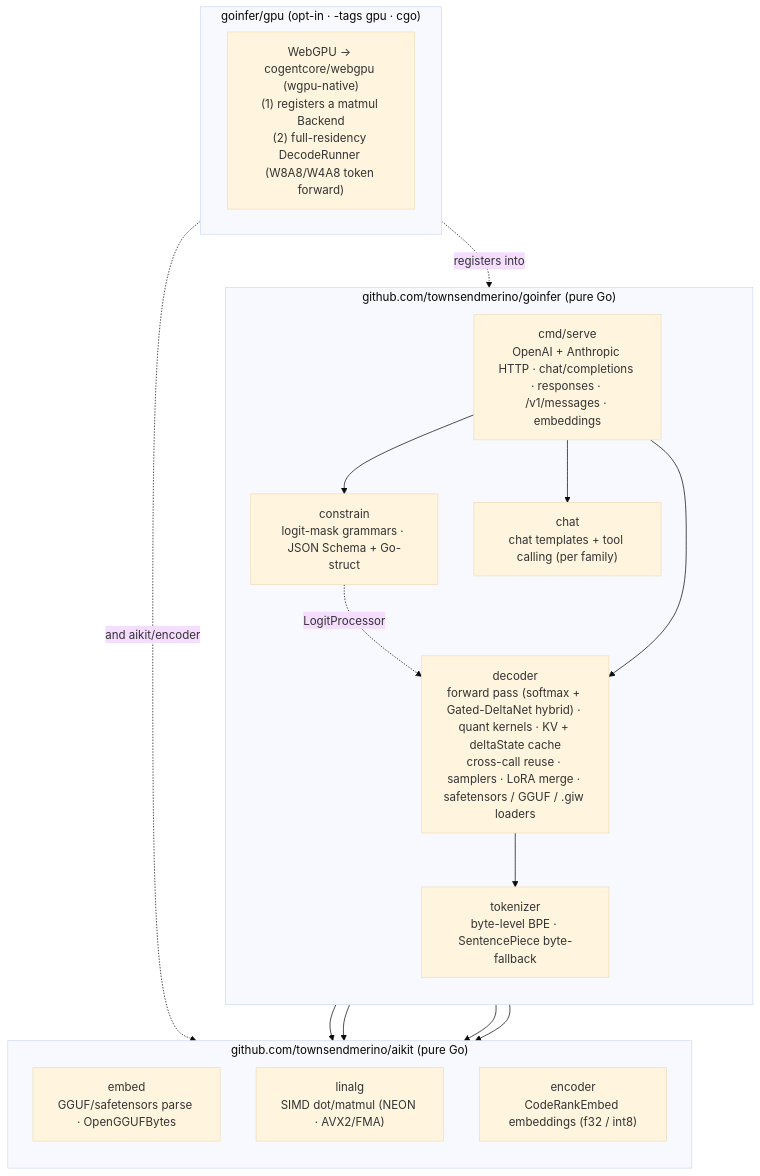
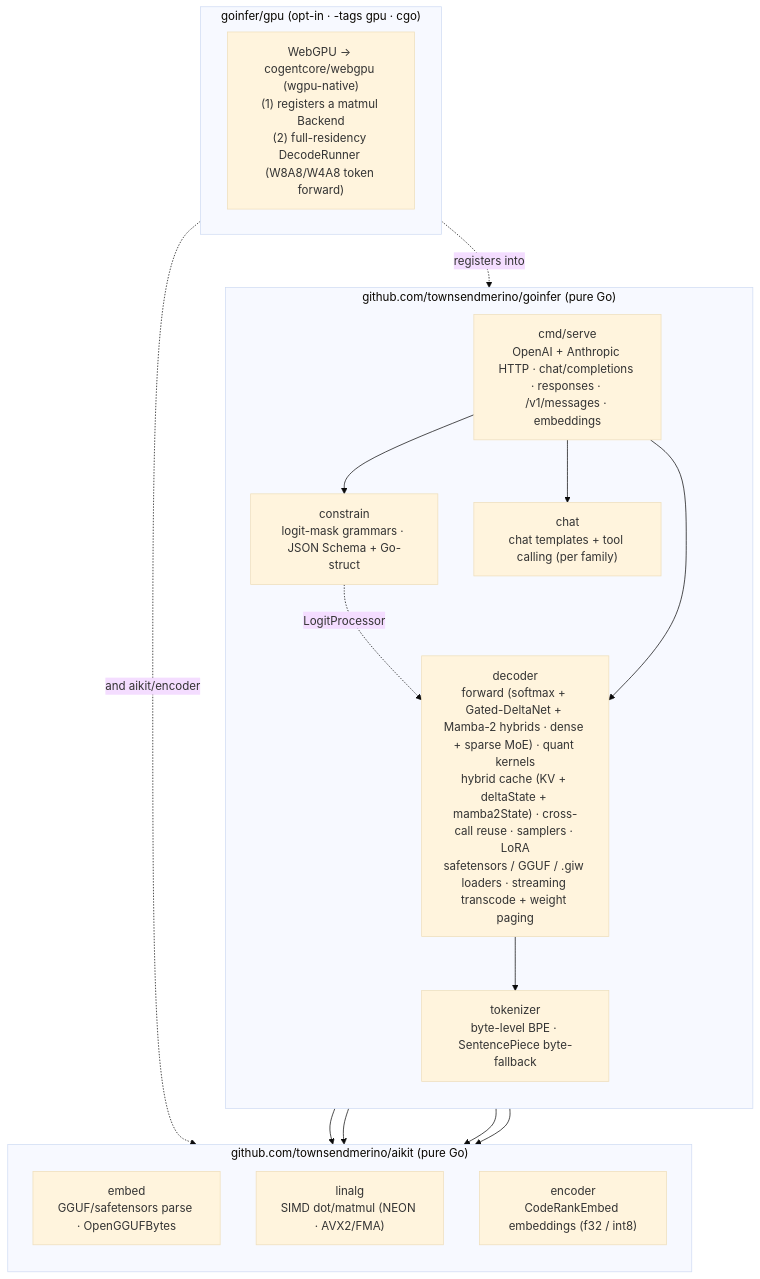
One commit to townsendmerino/goinfer changed the third of 3 diagrams in docs/ARCHITECTURE.md. Above: the diagram before and after it, drawn with Mermaid (base theme). The commit also changed other lines of this file, not shown here.

First line of the commit message:
docs(architecture): reflect MoE families + the Mamba-2 hybrid + run-bigger-than-RAM

````diff
--- a/docs/ARCHITECTURE.md
+++ b/docs/ARCHITECTURE.md
@@ -148,34 +177,34 @@
 ```mermaid
 flowchart TB
   subgraph GOINFER["github.com/townsendmerino/goinfer  (pure Go)"]
     direction TB
-    DEC["decoder<br/>forward pass (softmax + Gated-DeltaNet hybrid) · quant kernels · KV + deltaState cache<br/>cross-call reuse · samplers · LoRA merge · safetensors / GGUF / .giw loaders"]
+    DEC["decoder<br/>forward (softmax + Gated-DeltaNet + Mamba-2 hybrids · dense + sparse MoE) · quant kernels<br/>hybrid cache (KV + deltaState + mamba2State) · cross-call reuse · samplers · LoRA<br/>safetensors / GGUF / .giw loaders · streaming transcode + weight paging"]
     TKN["tokenizer<br/>byte-level BPE · SentencePiece byte-fallback"]
     CON["constrain<br/>logit-mask grammars · JSON Schema + Go-struct"]
     CHT["chat<br/>chat templates + tool calling (per family)"]
     SRV["cmd/serve<br/>OpenAI + Anthropic HTTP · chat/completions · responses · /v1/messages · embeddings"]
     DEC --> TKN
     CON -. "LogitProcessor" .-> DEC
     SRV --> DEC
     SRV --> CHT
     SRV --> CON
   end
 
   subgraph AIKIT["github.com/townsendmerino/aikit  (pure Go)"]
     direction TB
     EMBP["embed<br/>GGUF/safetensors parse · OpenGGUFBytes"]
     LIN["linalg<br/>SIMD dot/matmul (NEON · AVX2/FMA)"]
     ENC["encoder<br/>CodeRankEmbed embeddings (f32 / int8)"]
   end
 
   DEC --> EMBP
   DEC --> LIN
   TKN --> EMBP
   SRV --> ENC
 
   subgraph GPU["goinfer/gpu  (opt-in · -tags gpu · cgo)"]
     WG["WebGPU → cogentcore/webgpu (wgpu-native)<br/>(1) registers a matmul Backend<br/>(2) full-residency DecodeRunner (W8A8/W4A8 token forward)"]
   end
   GPU -. "registers into" .-> DEC
   GPU -. "and aikit/encoder" .-> AIKIT
 ```
````
